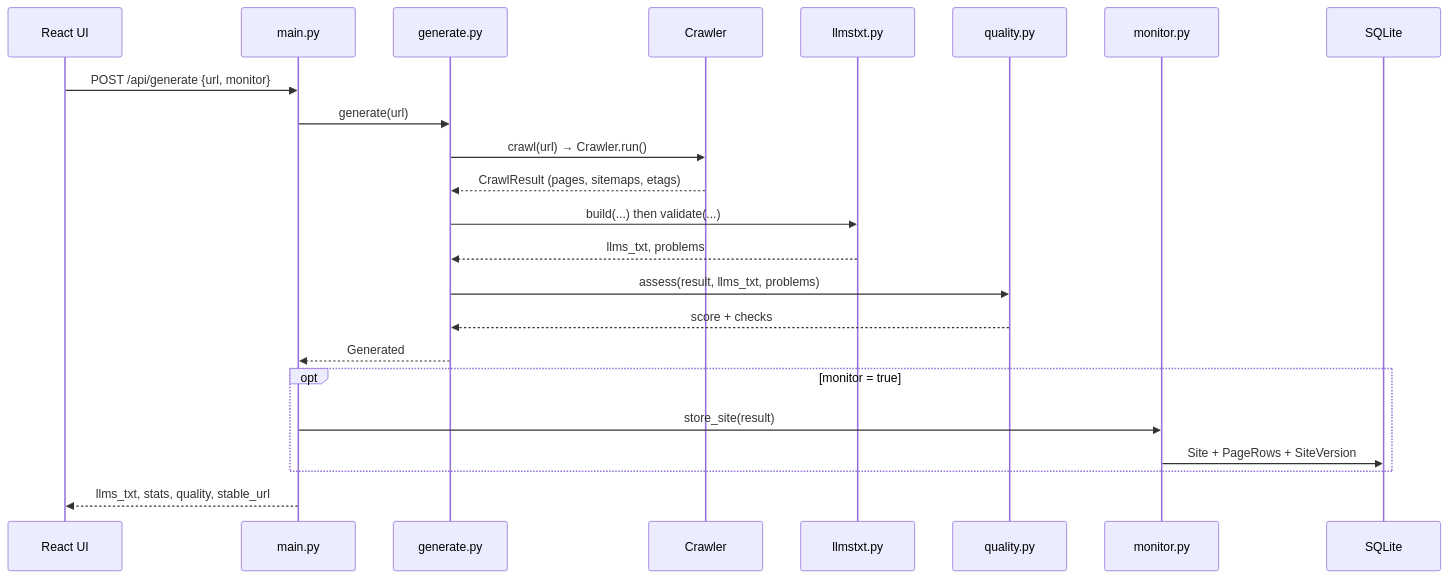
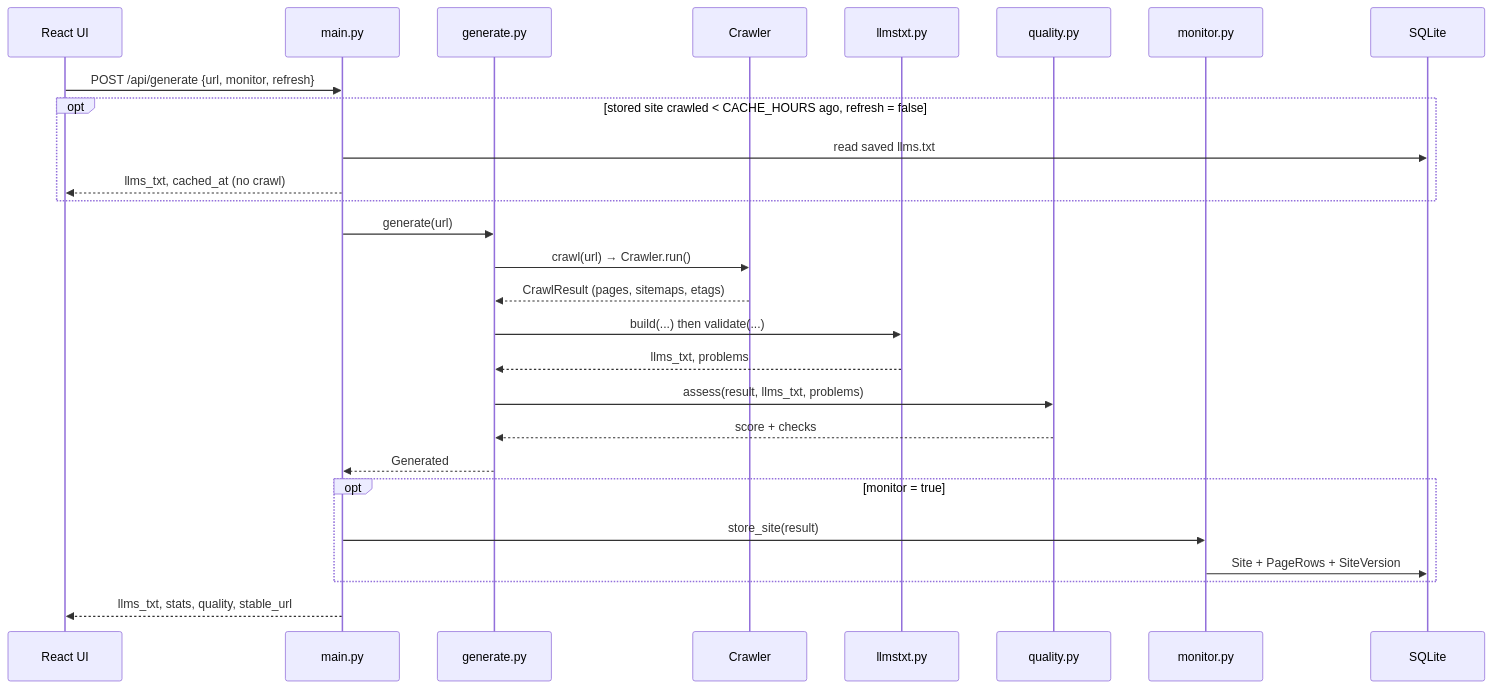
Before and after one commit to nmallekav/llms-txt-nishanth-mallekav: the second of 2 diagrams in docs/code-walkthrough.md, drawn with Mermaid. The commit also changed other lines of this file and 9 other files, not shown here.

First line of the commit message:
Return a saved copy for recently crawled sites, with a Regenerate button

````diff
--- a/docs/code-walkthrough.md
+++ b/docs/code-walkthrough.md
@@ -115,26 +115,30 @@
 ```mermaid
 sequenceDiagram
     participant UI as React UI
     participant M as main.py
     participant G as generate.py
     participant C as Crawler
     participant L as llmstxt.py
     participant Q as quality.py
     participant Mo as monitor.py
     participant DB as SQLite
 
-    UI->>M: POST /api/generate {url, monitor}
+    UI->>M: POST /api/generate {url, monitor, refresh}
+    opt stored site crawled < CACHE_HOURS ago, refresh = false
+        M->>DB: read saved llms.txt
+        M-->>UI: llms_txt, cached_at (no crawl)
+    end
     M->>G: generate(url)
     G->>C: crawl(url) → Crawler.run()
     C-->>G: CrawlResult (pages, sitemaps, etags)
     G->>L: build(...) then validate(...)
     L-->>G: llms_txt, problems
     G->>Q: assess(result, llms_txt, problems)
     Q-->>G: score + checks
     G-->>M: Generated
     opt monitor = true
         M->>Mo: store_site(result)
         Mo->>DB: Site + PageRows + SiteVersion
     end
     M-->>UI: llms_txt, stats, quality, stable_url
 ```
````
